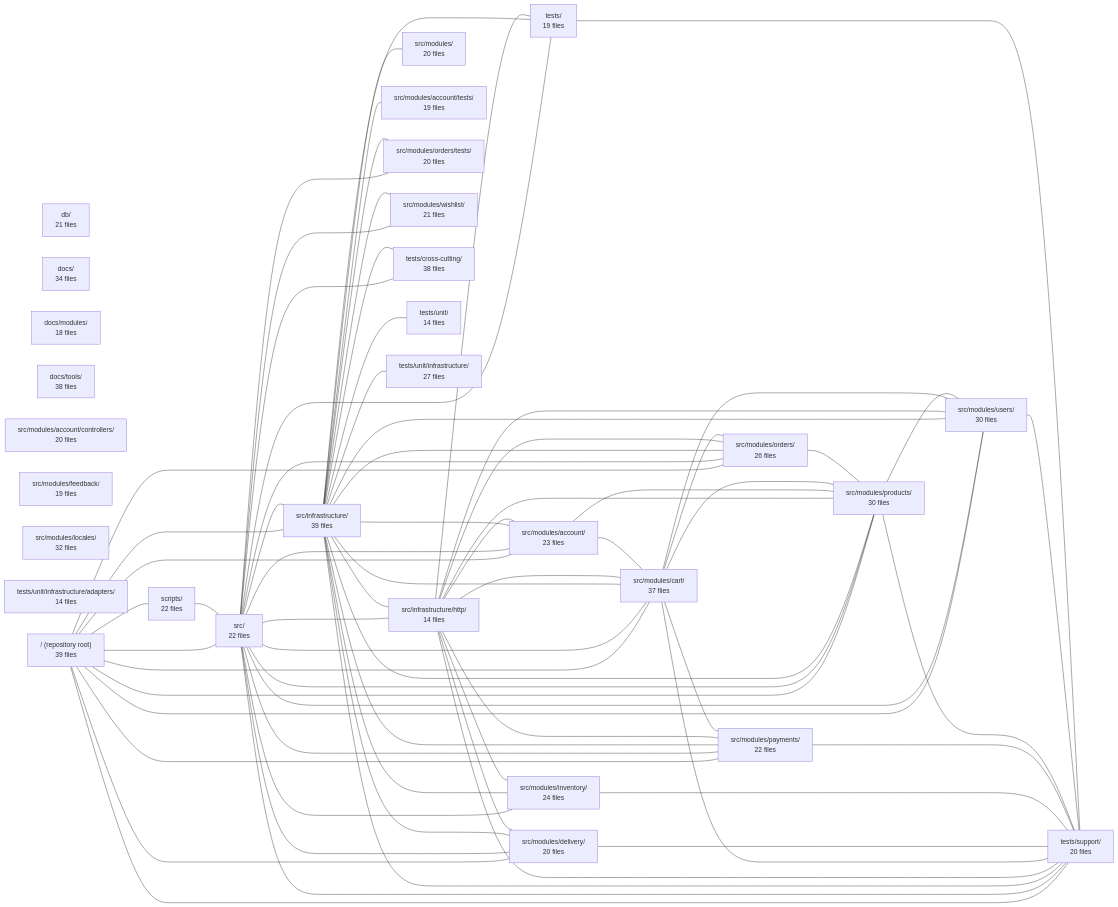
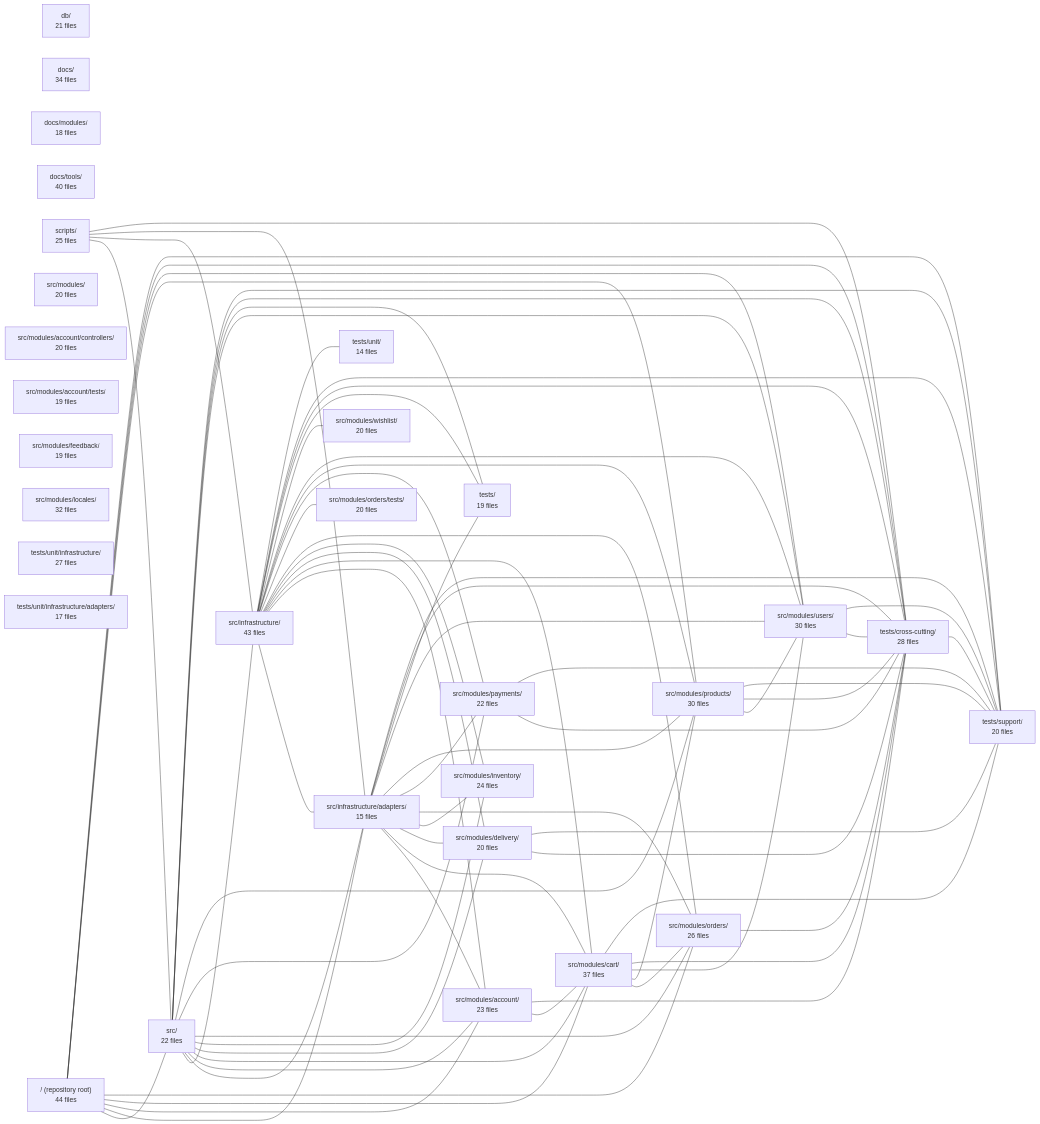
Before and after one commit to Guebbit/boilerplate-node-backend: the diagram in .2repo/modules/boilerplate-node-backend_INDEX.md, drawn with Mermaid. The commit also changed other lines of this file and 625 other files, not shown here.

````diff
--- a/.2repo/modules/boilerplate-node-backend_INDEX.md
+++ b/.2repo/modules/boilerplate-node-backend_INDEX.md
@@ -18,11 +18,11 @@
     m_db["db/<br/>21 files"]
     m_docs["docs/<br/>34 files"]
     m_docs_modules["docs/modules/<br/>18 files"]
-    m_docs_tools["docs/tools/<br/>38 files"]
-    m_scripts["scripts/<br/>22 files"]
+    m_docs_tools["docs/tools/<br/>40 files"]
+    m_scripts["scripts/<br/>25 files"]
     m_src["src/<br/>22 files"]
-    m_src_infrastructure["src/infrastructure/<br/>39 files"]
-    m_src_infrastructure_http["src/infrastructure/http/<br/>14 files"]
+    m_src_infrastructure["src/infrastructure/<br/>43 files"]
+    m_src_infrastructure_adapters["src/infrastructure/adapters/<br/>15 files"]
     m_src_modules["src/modules/<br/>20 files"]
     m_src_modules_account["src/modules/account/<br/>23 files"]
     m_src_modules_account_controllers["src/modules/account/controllers/<br/>20 files"]
@@ -37,45 +37,42 @@
     m_src_modules_payments["src/modules/payments/<br/>22 files"]
     m_src_modules_products["src/modules/products/<br/>30 files"]
     m_src_modules_users["src/modules/users/<br/>30 files"]
-    m_src_modules_wishlist["src/modules/wishlist/<br/>21 files"]
+    m_src_modules_wishlist["src/modules/wishlist/<br/>20 files"]
     m_tests["tests/<br/>19 files"]
-    m_tests_cross_cutting["tests/cross-cutting/<br/>38 files"]
+    m_tests_cross_cutting["tests/cross-cutting/<br/>28 files"]
     m_tests_support["tests/support/<br/>20 files"]
     m_tests_unit["tests/unit/<br/>14 files"]
     m_tests_unit_infrastructure["tests/unit/infrastructure/<br/>27 files"]
-    m_tests_unit_infrastructure_adapters["tests/unit/infrastructure/adapters/<br/>14 files"]
-    m_root["/ (repository root)<br/>39 files"]
-    m_root --- m_scripts
+    m_tests_unit_infrastructure_adapters["tests/unit/infrastructure/adapters/<br/>17 files"]
+    m_root["/ (repository root)<br/>44 files"]
     m_root --- m_src
-    m_root --- m_src_infrastructure
+    m_root --- m_src_infrastructure_adapters
     m_root --- m_src_modules_account
     m_root --- m_src_modules_cart
-    m_root --- m_src_modules_delivery
     m_root --- m_src_modules_orders
-    m_root --- m_src_modules_payments
     m_root --- m_src_modules_products
     m_root --- m_src_modules_users
+    m_root --- m_tests_cross_cutting
     m_root --- m_tests_support
     m_scripts --- m_src
+    m_scripts --- m_src_infrastructure
+    m_scripts --- m_src_infrastructure_adapters
+    m_scripts --- m_tests_cross_cutting
     m_src --- m_src_infrastructure
-    m_src --- m_src_infrastructure_http
+    m_src --- m_src_infrastructure_adapters
     m_src --- m_src_modules_account
     m_src --- m_src_modules_cart
     m_src --- m_src_modules_delivery
     m_src --- m_src_modules_inventory
     m_src --- m_src_modules_orders
-    m_src --- m_src_modules_orders_tests
     m_src --- m_src_modules_payments
     m_src --- m_src_modules_products
     m_src --- m_src_modules_users
-    m_src --- m_src_modules_wishlist
     m_src --- m_tests
     m_src --- m_tests_cross_cutting
     m_src --- m_tests_support
-    m_src_infrastructure --- m_src_infrastructure_http
-    m_src_infrastructure --- m_src_modules
+    m_src_infrastructure --- m_src_infrastructure_adapters
     m_src_infrastructure --- m_src_modules_account
-    m_src_infrastructure --- m_src_modules_account_tests
     m_src_infrastructure --- m_src_modules_cart
     m_src_infrastructure --- m_src_modules_delivery
     m_src_infrastructure --- m_src_modules_inventory
@@ -89,30 +86,33 @@
     m_src_infrastructure --- m_tests_cross_cutting
     m_src_infrastructure --- m_tests_support
     m_src_infrastructure --- m_tests_unit
-    m_src_infrastructure --- m_tests_unit_infrastructure
-    m_src_infrastructure_http --- m_src_modules_account
-    m_src_infrastructure_http --- m_src_modules_cart
-    m_src_infrastructure_http --- m_src_modules_delivery
-    m_src_infrastructure_http --- m_src_modules_inventory
-    m_src_infrastructure_http --- m_src_modules_orders
-    m_src_infrastructure_http --- m_src_modules_payments
-    m_src_infrastructure_http --- m_src_modules_products
-    m_src_infrastructure_http --- m_src_modules_users
-    m_src_infrastructure_http --- m_tests
-    m_src_infrastructure_http --- m_tests_support
+    m_src_infrastructure_adapters --- m_src_modules_account
+    m_src_infrastructure_adapters --- m_src_modules_cart
+    m_src_infrastructure_adapters --- m_src_modules_delivery
+    m_src_infrastructure_adapters --- m_src_modules_inventory
+    m_src_infrastructure_adapters --- m_src_modules_orders
+    m_src_infrastructure_adapters --- m_src_modules_payments
+    m_src_infrastructure_adapters --- m_src_modules_products
+    m_src_infrastructure_adapters --- m_src_modules_users
+    m_src_infrastructure_adapters --- m_tests
+    m_src_infrastructure_adapters --- m_tests_cross_cutting
+    m_src_infrastructure_adapters --- m_tests_support
     m_src_modules_account --- m_src_modules_cart
-    m_src_modules_account --- m_src_modules_products
+    m_src_modules_account --- m_tests_cross_cutting
     m_src_modules_cart --- m_src_modules_orders
-    m_src_modules_cart --- m_src_modules_payments
     m_src_modules_cart --- m_src_modules_products
     m_src_modules_cart --- m_src_modules_users
+    m_src_modules_cart --- m_tests_cross_cutting
     m_src_modules_cart --- m_tests_support
+    m_src_modules_delivery --- m_tests_cross_cutting
     m_src_modules_delivery --- m_tests_support
-    m_src_modules_inventory --- m_tests_support
-    m_src_modules_orders --- m_src_modules_products
+    m_src_modules_orders --- m_tests_cross_cutting
+    m_src_modules_payments --- m_tests_cross_cutting
     m_src_modules_payments --- m_tests_support
     m_src_modules_products --- m_src_modules_users
+    m_src_modules_products --- m_tests_cross_cutting
     m_src_modules_products --- m_tests_support
+    m_src_modules_users --- m_tests_cross_cutting
     m_src_modules_users --- m_tests_support
-    m_tests --- m_tests_support
+    m_tests_cross_cutting --- m_tests_support
 ```
````
